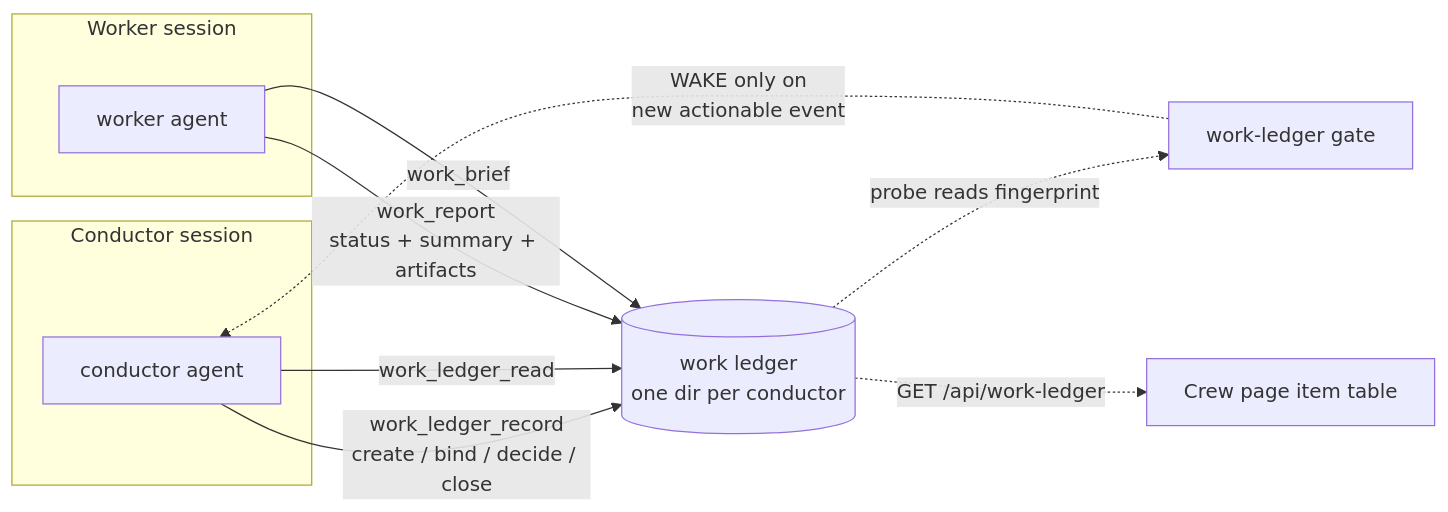
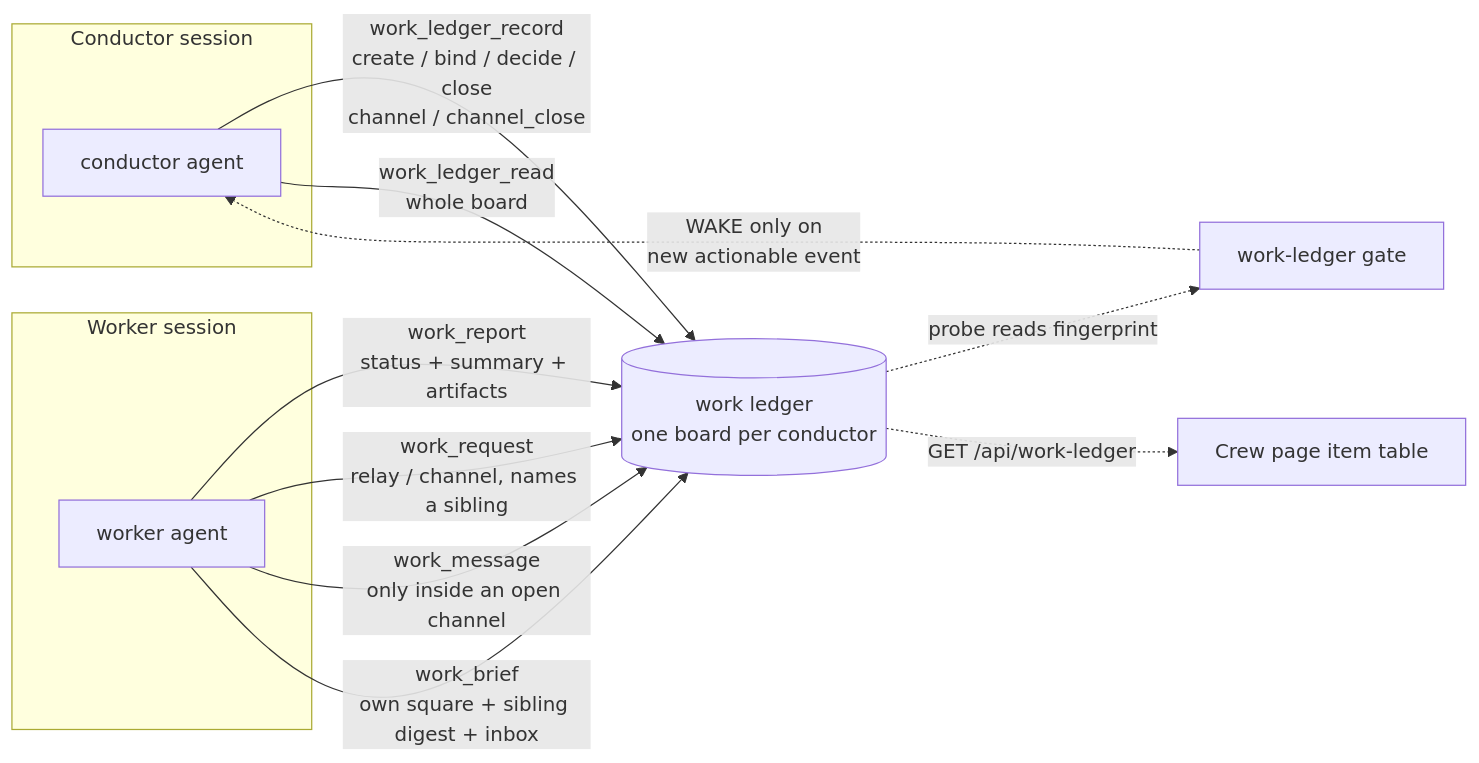
One commit to Behordeun/KiroCrew changed the first of 4 diagrams in docs/request-for-change/rfc-conductor-work-ledger.md. Above: the diagram before and after it, drawn with Mermaid. The commit also changed other lines of this file and 1 other file, not shown here.

First line of the commit message:
docs(conductor): rfc v3 -- shared board visibility and conductor-gated worker communication (#9394)

````diff
--- a/docs/request-for-change/rfc-conductor-work-ledger.md
+++ b/docs/request-for-change/rfc-conductor-work-ledger.md
@@ -91,16 +98,18 @@
 ```mermaid
 flowchart LR
     subgraph Conductor session
         C[conductor agent]
     end
     subgraph Worker session
         W[worker agent]
     end
-    C -->|work_ledger_record<br/>create / bind / decide / close| S[(work ledger<br/>one dir per conductor)]
-    C -->|work_ledger_read| S
+    C -->|work_ledger_record<br/>create / bind / decide / close<br/>channel / channel_close| S[(work ledger<br/>one board per conductor)]
+    C -->|work_ledger_read<br/>whole board| S
     W -->|work_report<br/>status + summary + artifacts| S
-    W -->|work_brief| S
+    W -->|work_request<br/>relay / channel, names a sibling| S
+    W -->|work_message<br/>only inside an open channel| S
+    W -->|work_brief<br/>own square + sibling digest + inbox| S
     S -.->|probe reads fingerprint| P[work-ledger gate]
     P -.->|WAKE only on<br/>new actionable event| C
     S -.->|GET /api/work-ledger| U[Crew page item table]
 ```
````
